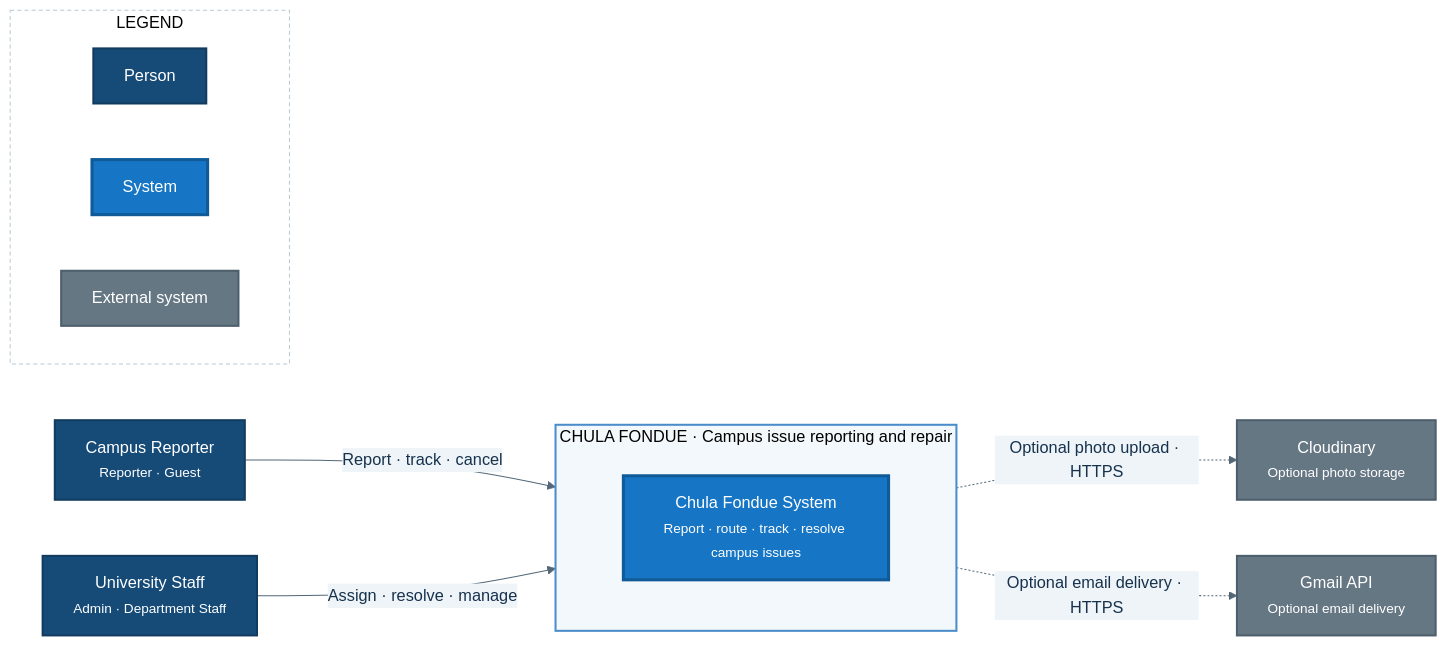
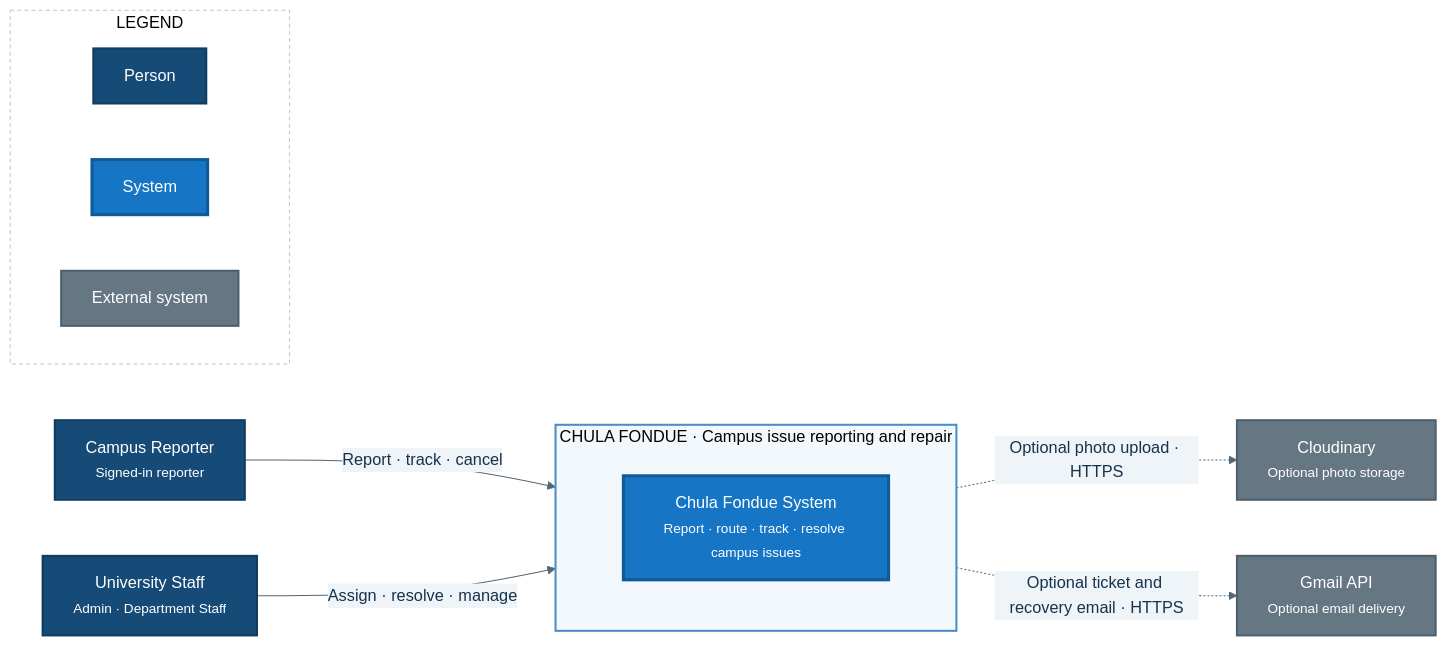
Before and after one commit to Pantipkub/chula-fondue: the diagram in docs/presentation/01-system-context.mmd, drawn with Mermaid. The commit also changed 17 other files, not shown here.

Commit message:
add sequence diagram and modify container diagram

```diff
--- a/docs/presentation/01-system-context.mmd
+++ b/docs/presentation/01-system-context.mmd
@@ -1,33 +1,33 @@
 %%{init: {"theme":"base","themeVariables":{"fontFamily":"Inter, Arial, sans-serif","fontSize":"16px","primaryColor":"#DCEEFF","primaryTextColor":"#17324D","primaryBorderColor":"#4B8CCB","lineColor":"#526777","secondaryColor":"#EEF4F8","tertiaryColor":"#FFFFFF","clusterBkg":"#F5F9FC","clusterBorder":"#9BB9D0"},"flowchart":{"curve":"basis","nodeSpacing":55,"rankSpacing":75,"htmlLabels":true}}}%%
 flowchart LR
-  reporter["Campus Reporter<br/><small>Reporter · Guest</small>"]
+  reporter["Campus Reporter<br/><small>Signed-in reporter</small>"]
   staff["University Staff<br/><small>Admin · Department Staff</small>"]
 
   subgraph system["CHULA FONDUE · Campus issue reporting and repair"]
     direction TB
     app["Chula Fondue System<br/><small>Report · route · track · resolve campus issues</small>"]
   end
 
   cloud["Cloudinary<br/><small>Optional photo storage</small>"]
   gmail["Gmail API<br/><small>Optional email delivery</small>"]
 
   reporter -->|Report · track · cancel| app
   staff -->|Assign · resolve · manage| app
   app -.->|Optional photo upload · HTTPS| cloud
-  app -.->|Optional email delivery · HTTPS| gmail
+  app -.->|Optional ticket and recovery email · HTTPS| gmail
 
   subgraph legend["LEGEND"]
     direction LR
     lperson["Person"]:::person
     lsystem["System"]:::system
     lexternal["External system"]:::external
   end
 
   classDef person fill:#164B78,color:#FFFFFF,stroke:#123B60,stroke-width:2px
   classDef system fill:#1676C5,color:#FFFFFF,stroke:#105A98,stroke-width:3px
   classDef external fill:#667784,color:#FFFFFF,stroke:#4D5F6C,stroke-width:2px
   class reporter,staff,lperson person
   class app,lsystem system
   class cloud,gmail,lexternal external
   style system fill:#F3F8FC,stroke:#4B8CCB,stroke-width:2px
   style legend fill:#FFFFFF,stroke:#B9C9D5,stroke-dasharray:4 3
```
